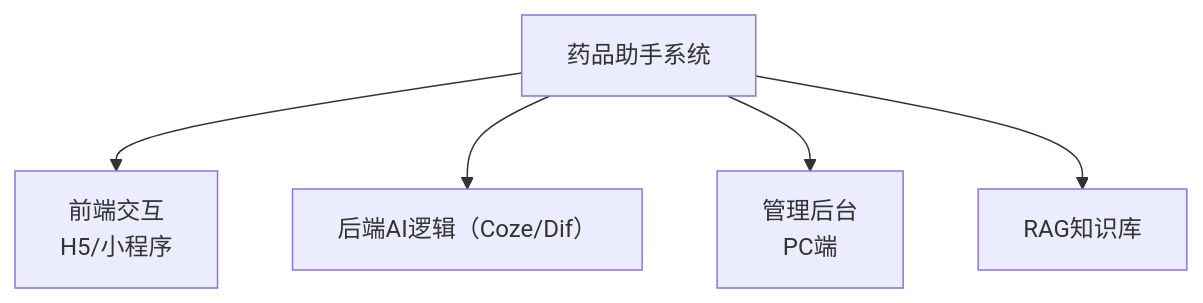
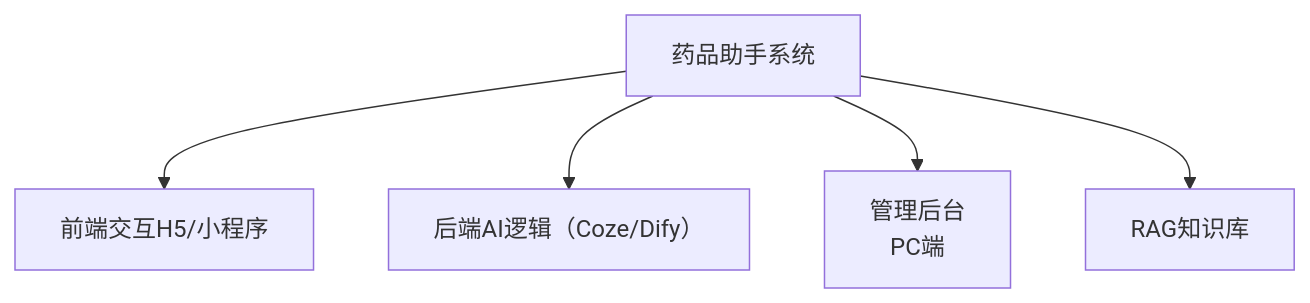
One commit to funnyData/iodraw-files changed the diagram in all/未命名.md. Above: the diagram before and after it, drawn with Mermaid.

Commit message:
2025-02-21 13:53:09 update

````diff
--- a/all/未命名.md
+++ b/all/未命名.md
@@ -1,7 +1,7 @@
 ```mermaid
 graph TD
-    A[药品助手系统] --> B[前端交互<br>H5/小程序]
-    A --> C[后端AI逻辑（Coze/Dif）]
+    A[药品助手系统] --> B[前端交互H5/小程序]
+    A --> C[后端AI逻辑（Coze/Dify）]
     A --> D[管理后台<br>PC端]
     A --> E[RAG知识库]
 ```
````
